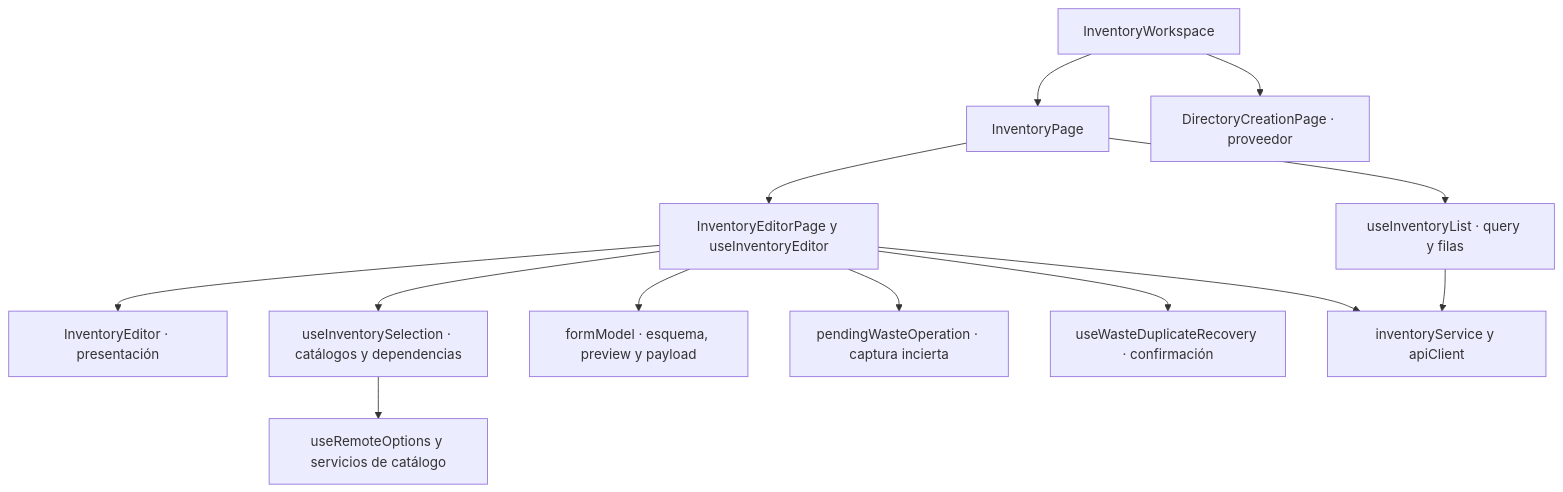
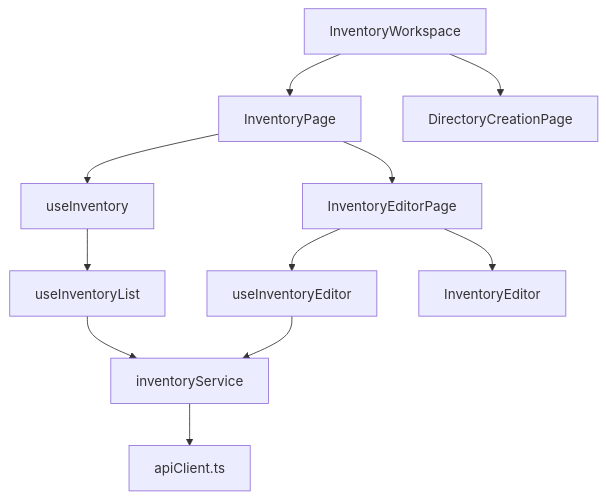
Before and after one commit to gpgsistemas01/nexus: the first of 2 diagrams in front/docs/architecture/views/logical/components/02-inventory.md, drawn with Mermaid. The commit also changed other lines of this file and 158 other files, not shown here.

````diff
--- a/front/docs/architecture/views/logical/components/02-inventory.md
+++ b/front/docs/architecture/views/logical/components/02-inventory.md
@@ -9,15 +7,23 @@
 ```mermaid
 flowchart TB
-    workspace["InventoryWorkspace"] --> page["InventoryPage"]
-    workspace --> auxiliary["DirectoryCreationPage · proveedor"]
-    page --> list["useInventoryList · query y filas"]
-    page --> editor["InventoryEditorPage y useInventoryEditor"]
-    editor --> ui["InventoryEditor · presentación"]
-    editor --> selection["useInventorySelection · catálogos y dependencias"]
-    editor --> rules["formModel · esquema, preview y payload"]
-    editor --> pending["pendingWasteOperation · captura incierta"]
-    editor --> duplicate["useWasteDuplicateRecovery · confirmación"]
-    list --> api["inventoryService y apiClient"]
-    editor --> api
-    selection --> lookups["useRemoteOptions y servicios de catálogo"]
+    workspace["InventoryWorkspace"]
+    page["InventoryPage"]
+    auxiliary["DirectoryCreationPage"]
+    inventory["useInventory"]
+    list["useInventoryList"]
+    editorPage["InventoryEditorPage"]
+    editor["useInventoryEditor"]
+    form["InventoryEditor"]
+    service["inventoryService"]
+    http["apiClient.ts"]
+    workspace --> page
+    workspace --> auxiliary
+    page --> inventory
+    page --> editorPage
+    inventory --> list
+    list --> service
+    editorPage --> editor
+    editorPage --> form
+    editor --> service
+    service --> http
 ```
````
